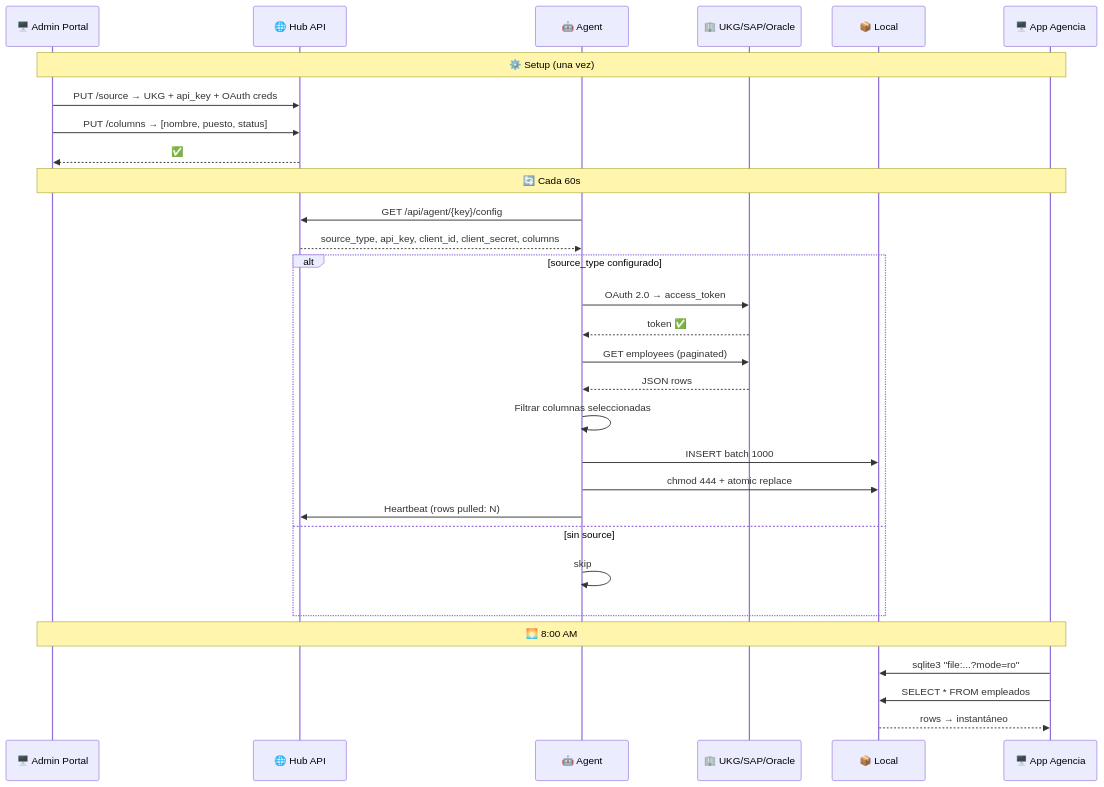
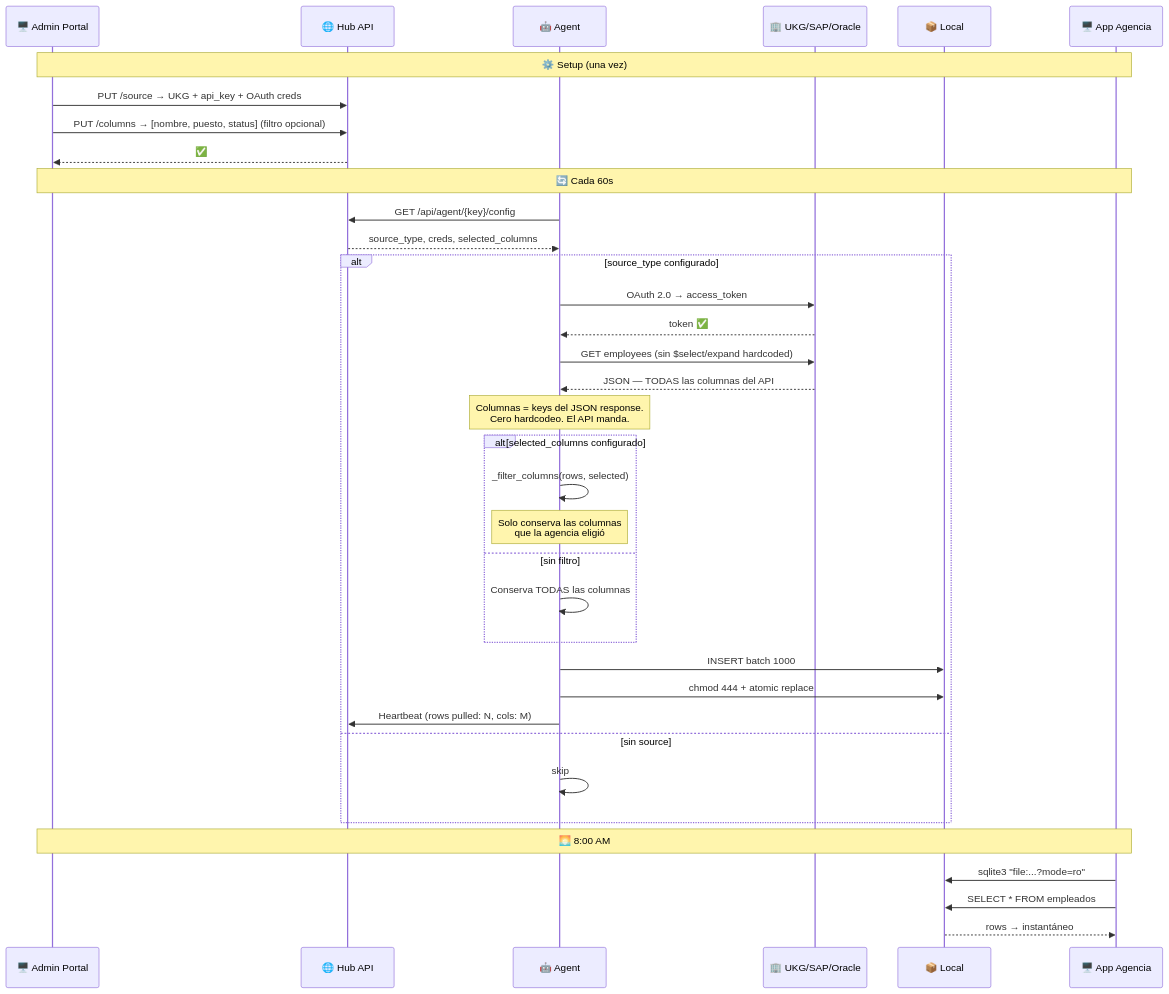
One commit to jcollazo/asi-deploy-hub changed the second of 8 diagrams in docs/ARCHITECTURE_MERMAID.md. Above: the diagram before and after it, drawn with Mermaid. The commit also changed other lines of this file and 1 other file, not shown here.

First line of the commit message:
docs: actualizar diagramas y guía — columnas dinámicas del API

````diff
--- a/docs/ARCHITECTURE_MERMAID.md
+++ b/docs/ARCHITECTURE_MERMAID.md
@@ -82,41 +84,49 @@
 ```mermaid
 sequenceDiagram
     participant Portal as 🖥️ Admin Portal
     participant Hub as 🌐 Hub API
     participant Agent as 🤖 Agent
     participant Source as 🏢 UKG/SAP/Oracle
     participant SQLite as 📦 Local
     participant App as 🖥️ App Agencia
 
     Note over Portal,App: ⚙️ Setup (una vez)
 
     Portal->>Hub: PUT /source → UKG + api_key + OAuth creds
-    Portal->>Hub: PUT /columns → [nombre, puesto, status]
+    Portal->>Hub: PUT /columns → [nombre, puesto, status] (filtro opcional)
     Hub-->>Portal: ✅
 
     Note over Portal,App: 🔄 Cada 60s
 
     Agent->>Hub: GET /api/agent/{key}/config
-    Hub-->>Agent: source_type, api_key, client_id, client_secret, columns
+    Hub-->>Agent: source_type, creds, selected_columns
 
     alt source_type configurado
         Agent->>Source: OAuth 2.0 → access_token
         Source-->>Agent: token ✅
 
-        Agent->>Source: GET employees (paginated)
-        Source-->>Agent: JSON rows
+        Agent->>Source: GET employees (sin $select/expand hardcoded)
+        Source-->>Agent: JSON — TODAS las columnas del API
 
-        Agent->>Agent: Filtrar columnas seleccionadas
+        Note over Agent: Columnas = keys del JSON response.<br/>Cero hardcodeo. El API manda.
+
+        alt selected_columns configurado
+            Agent->>Agent: _filter_columns(rows, selected)
+            Note over Agent: Solo conserva las columnas<br/>que la agencia eligió
+        else sin filtro
+            Agent->>Agent: Conserva TODAS las columnas
+        end
+
         Agent->>SQLite: INSERT batch 1000
         Agent->>SQLite: chmod 444 + atomic replace
-        Agent->>Hub: Heartbeat (rows pulled: N)
+        Agent->>Hub: Heartbeat (rows pulled: N, cols: M)
     else sin source
         Agent->>Agent: skip
     end
 
     Note over Portal,App: 🌅 8:00 AM
 
     App->>SQLite: sqlite3 "file:...?mode=ro"
     App->>SQLite: SELECT * FROM empleados
     SQLite-->>App: rows → instantáneo
 ```
````
